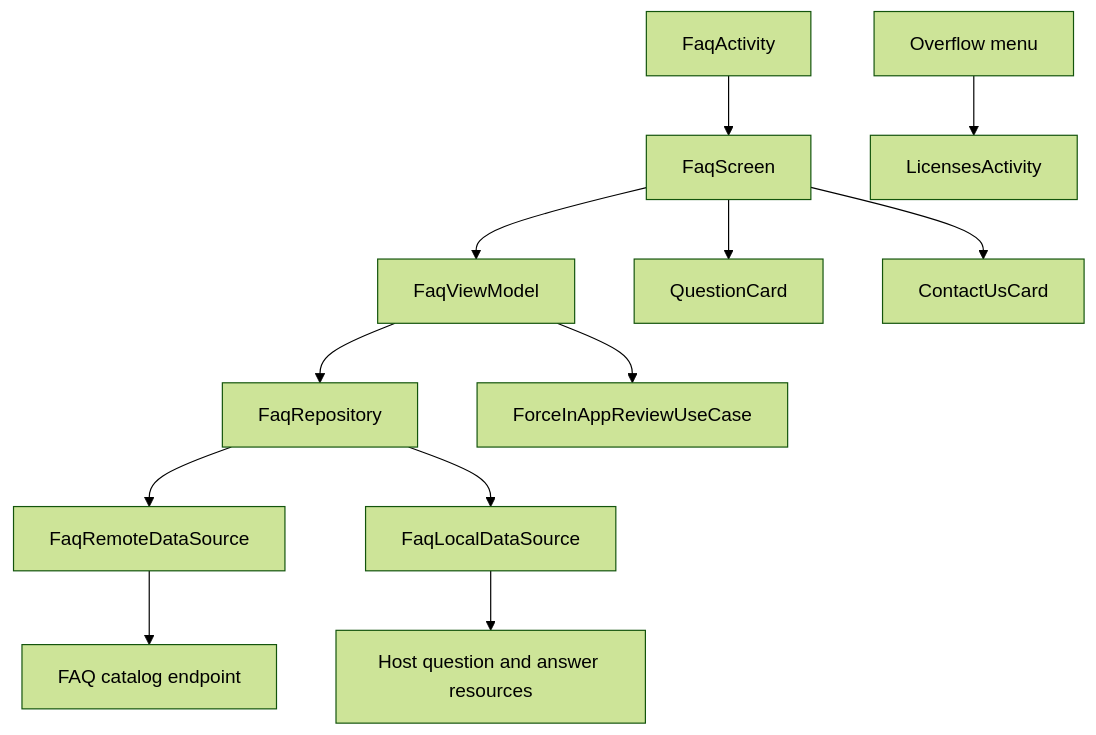
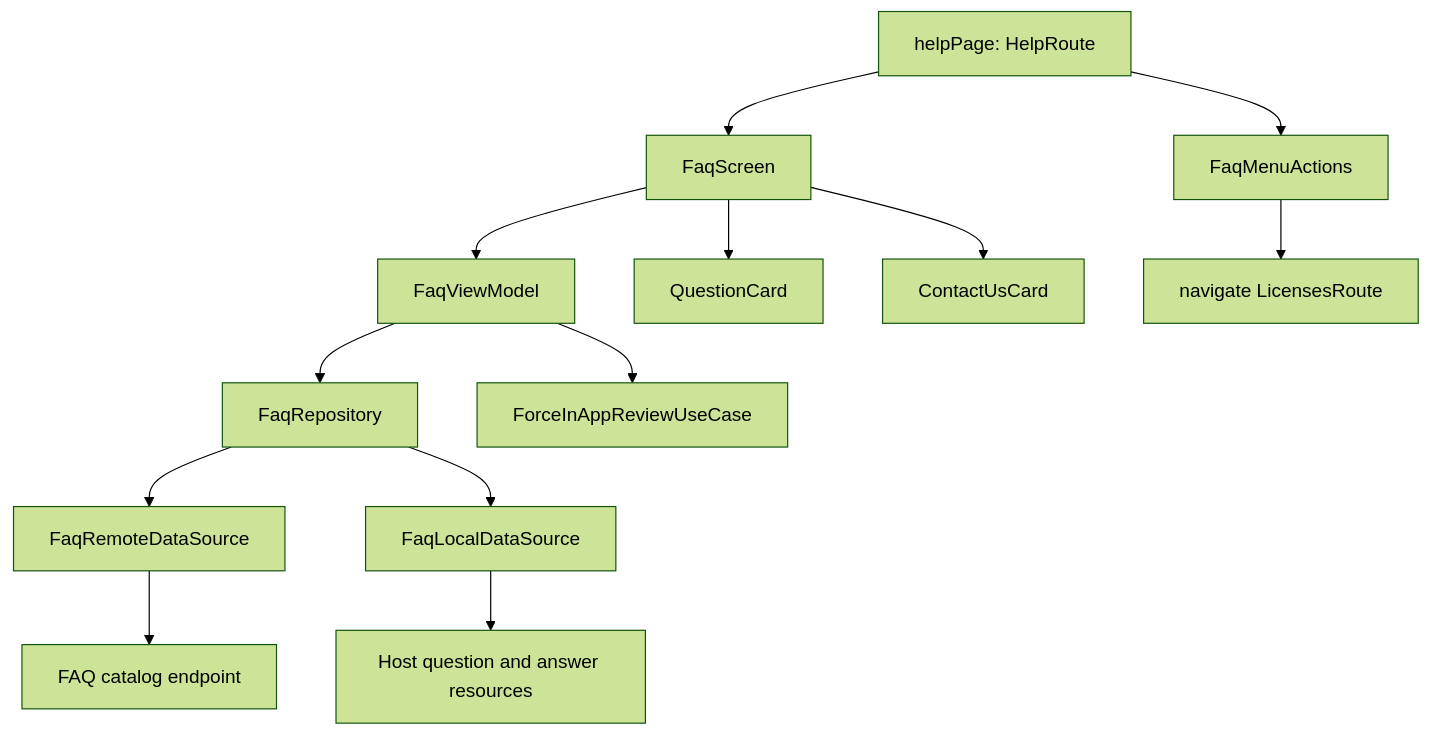
One commit to MihaiCristianCondrea/App-Toolkit-for-Android changed the diagram in library/feature/faq/README.md. Above: the diagram before and after it, drawn with Mermaid (forest theme). The commit also changed other lines of this file and 84 other files, not shown here.

````diff
--- a/library/feature/faq/README.md
+++ b/library/feature/faq/README.md
@@ -82,14 +84,15 @@
 ```mermaid
 flowchart TD
-    Screen[FaqScreen] --> VM[FaqViewModel]
-    Activity[FaqActivity] --> Screen
+    Page[helpPage: HelpRoute] --> Screen[FaqScreen]
+    Page --> Menu[FaqMenuActions]
+    Screen --> VM[FaqViewModel]
     VM --> Repo[FaqRepository]
     Repo --> Remote[FaqRemoteDataSource]
     Remote --> Catalog[FAQ catalog endpoint]
     Repo --> Local[FaqLocalDataSource]
     Local --> Resources[Host question and answer resources]
     Screen --> Card[QuestionCard]
     Screen --> Contact[ContactUsCard]
     VM --> Review[ForceInAppReviewUseCase]
-    Menu[Overflow menu] --> Licenses[LicensesActivity]
+    Menu --> Licenses[navigate LicensesRoute]
 ```
````
